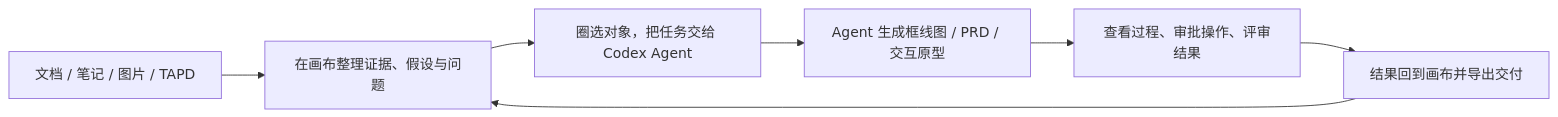
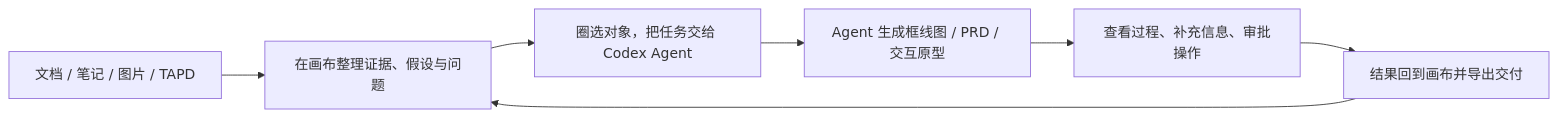
The diagram in README.md (suud003/Cowart), drawn with Mermaid before and after one commit. The commit also changed other lines of this file and 16 other files, not shown here.

````diff
--- a/README.md
+++ b/README.md
@@ -42,9 +42,9 @@
 ```mermaid
 flowchart LR
   A["文档 / 笔记 / 图片 / TAPD"] --> B["在画布整理证据、假设与问题"]
   B --> C["圈选对象，把任务交给 Codex Agent"]
   C --> D["Agent 生成框线图 / PRD / 交互原型"]
-  D --> E["查看过程、审批操作、评审结果"]
+  D --> E["查看过程、补充信息、审批操作"]
   E --> F["结果回到画布并导出交付"]
   F --> B
 ```
````
